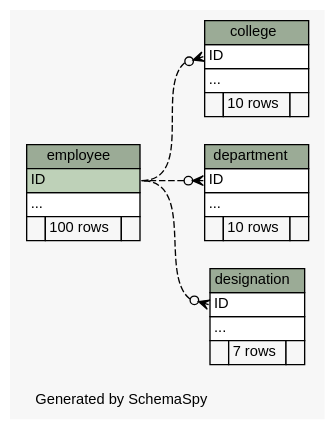
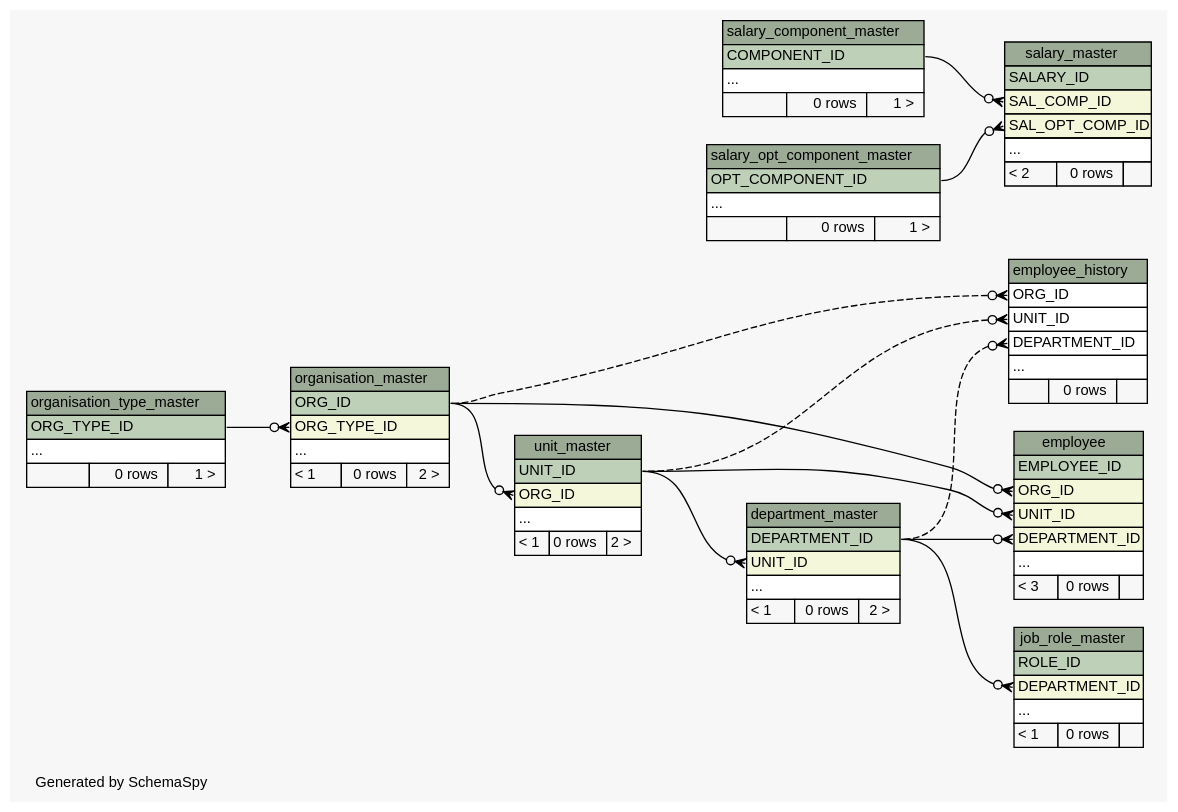
Before and after one commit to engineerscraft/hrms: the diagram in docs/database/diagrams/summary/relationships.implied.compact.dot, drawn with Graphviz. The commit also changed 121 other files, not shown here.

```diff
--- a/docs/database/diagrams/summary/relationships.implied.compact.dot
+++ b/docs/database/diagrams/summary/relationships.implied.compact.dot
@@ -1,69 +1,155 @@
 // dot 2.38.0 on Windows 7 6.1
 // SchemaSpy rev 590
 digraph "compactImpliedRelationshipsDiagram" {
   graph [
     rankdir="RL"
     bgcolor="#f7f7f7"
     label="\nGenerated by SchemaSpy"
     labeljust="l"
     nodesep="0.18"
     ranksep="0.46"
     fontname="Helvetica"
     fontsize="11"
   ];
   node [
     fontname="Helvetica"
     fontsize="11"
     shape="plaintext"
   ];
   edge [
     arrowsize="0.8"
   ];
-  "college" [
+  "department_master" [
     label=<
     <TABLE BORDER="0" CELLBORDER="1" CELLSPACING="0" BGCOLOR="#ffffff">
-      <TR><TD COLSPAN="3" BGCOLOR="#9bab96" ALIGN="CENTER">college</TD></TR>
-      <TR><TD PORT="ID" COLSPAN="3" ALIGN="LEFT">ID</TD></TR>
+      <TR><TD COLSPAN="3" BGCOLOR="#9bab96" ALIGN="CENTER">department_master</TD></TR>
+      <TR><TD PORT="DEPARTMENT_ID" COLSPAN="3" BGCOLOR="#bed1b8" ALIGN="LEFT">DEPARTMENT_ID</TD></TR>
+      <TR><TD PORT="UNIT_ID" COLSPAN="3" BGCOLOR="#f4f7da" ALIGN="LEFT">UNIT_ID</TD></TR>
       <TR><TD PORT="elipses" COLSPAN="3" ALIGN="LEFT">...</TD></TR>
-      <TR><TD ALIGN="LEFT" BGCOLOR="#f7f7f7">  </TD><TD ALIGN="RIGHT" BGCOLOR="#f7f7f7">10 rows</TD><TD ALIGN="RIGHT" BGCOLOR="#f7f7f7">  </TD></TR>
+      <TR><TD ALIGN="LEFT" BGCOLOR="#f7f7f7">&lt; 1</TD><TD ALIGN="RIGHT" BGCOLOR="#f7f7f7">0 rows</TD><TD ALIGN="RIGHT" BGCOLOR="#f7f7f7">2 &gt;</TD></TR>
     </TABLE>>
-    URL="tables/college.html"
-    tooltip="college"
-  ];
-  "department" [
-    label=<
-    <TABLE BORDER="0" CELLBORDER="1" CELLSPACING="0" BGCOLOR="#ffffff">
-      <TR><TD COLSPAN="3" BGCOLOR="#9bab96" ALIGN="CENTER">department</TD></TR>
-      <TR><TD PORT="ID" COLSPAN="3" ALIGN="LEFT">ID</TD></TR>
-      <TR><TD PORT="elipses" COLSPAN="3" ALIGN="LEFT">...</TD></TR>
-      <TR><TD ALIGN="LEFT" BGCOLOR="#f7f7f7">  </TD><TD ALIGN="RIGHT" BGCOLOR="#f7f7f7">10 rows</TD><TD ALIGN="RIGHT" BGCOLOR="#f7f7f7">  </TD></TR>
-    </TABLE>>
-    URL="tables/department.html"
-    tooltip="department"
-  ];
-  "designation" [
-    label=<
-    <TABLE BORDER="0" CELLBORDER="1" CELLSPACING="0" BGCOLOR="#ffffff">
-      <TR><TD COLSPAN="3" BGCOLOR="#9bab96" ALIGN="CENTER">designation</TD></TR>
-      <TR><TD PORT="ID" COLSPAN="3" ALIGN="LEFT">ID</TD></TR>
-      <TR><TD PORT="elipses" COLSPAN="3" ALIGN="LEFT">...</TD></TR>
-      <TR><TD ALIGN="LEFT" BGCOLOR="#f7f7f7">  </TD><TD ALIGN="RIGHT" BGCOLOR="#f7f7f7">7 rows</TD><TD ALIGN="RIGHT" BGCOLOR="#f7f7f7">  </TD></TR>
-    </TABLE>>
-    URL="tables/designation.html"
-    tooltip="designation"
+    URL="tables/department_master.html"
+    tooltip="department_master"
   ];
   "employee" [
     label=<
     <TABLE BORDER="0" CELLBORDER="1" CELLSPACING="0" BGCOLOR="#ffffff">
       <TR><TD COLSPAN="3" BGCOLOR="#9bab96" ALIGN="CENTER">employee</TD></TR>
-      <TR><TD PORT="ID" COLSPAN="3" BGCOLOR="#bed1b8" ALIGN="LEFT">ID</TD></TR>
+      <TR><TD PORT="EMPLOYEE_ID" COLSPAN="3" BGCOLOR="#bed1b8" ALIGN="LEFT">EMPLOYEE_ID</TD></TR>
+      <TR><TD PORT="ORG_ID" COLSPAN="3" BGCOLOR="#f4f7da" ALIGN="LEFT">ORG_ID</TD></TR>
+      <TR><TD PORT="UNIT_ID" COLSPAN="3" BGCOLOR="#f4f7da" ALIGN="LEFT">UNIT_ID</TD></TR>
+      <TR><TD PORT="DEPARTMENT_ID" COLSPAN="3" BGCOLOR="#f4f7da" ALIGN="LEFT">DEPARTMENT_ID</TD></TR>
       <TR><TD PORT="elipses" COLSPAN="3" ALIGN="LEFT">...</TD></TR>
-      <TR><TD ALIGN="LEFT" BGCOLOR="#f7f7f7">  </TD><TD ALIGN="RIGHT" BGCOLOR="#f7f7f7">100 rows</TD><TD ALIGN="RIGHT" BGCOLOR="#f7f7f7">  </TD></TR>
+      <TR><TD ALIGN="LEFT" BGCOLOR="#f7f7f7">&lt; 3</TD><TD ALIGN="RIGHT" BGCOLOR="#f7f7f7">0 rows</TD><TD ALIGN="RIGHT" BGCOLOR="#f7f7f7">  </TD></TR>
     </TABLE>>
     URL="tables/employee.html"
     tooltip="employee"
   ];
-  "college":"ID":w -> "employee":"ID":e [arrowhead=none dir=back arrowtail=crowodot style=dashed];
-  "department":"ID":w -> "employee":"ID":e [arrowhead=none dir=back arrowtail=crowodot style=dashed];
-  "designation":"ID":w -> "employee":"ID":e [arrowhead=none dir=back arrowtail=crowodot style=dashed];
+  "employee_history" [
+    label=<
+    <TABLE BORDER="0" CELLBORDER="1" CELLSPACING="0" BGCOLOR="#ffffff">
+      <TR><TD COLSPAN="3" BGCOLOR="#9bab96" ALIGN="CENTER">employee_history</TD></TR>
+      <TR><TD PORT="ORG_ID" COLSPAN="3" ALIGN="LEFT">ORG_ID</TD></TR>
+      <TR><TD PORT="UNIT_ID" COLSPAN="3" ALIGN="LEFT">UNIT_ID</TD></TR>
+      <TR><TD PORT="DEPARTMENT_ID" COLSPAN="3" ALIGN="LEFT">DEPARTMENT_ID</TD></TR>
+      <TR><TD PORT="elipses" COLSPAN="3" ALIGN="LEFT">...</TD></TR>
+      <TR><TD ALIGN="LEFT" BGCOLOR="#f7f7f7">  </TD><TD ALIGN="RIGHT" BGCOLOR="#f7f7f7">0 rows</TD><TD ALIGN="RIGHT" BGCOLOR="#f7f7f7">  </TD></TR>
+    </TABLE>>
+    URL="tables/employee_history.html"
+    tooltip="employee_history"
+  ];
+  "job_role_master" [
+    label=<
+    <TABLE BORDER="0" CELLBORDER="1" CELLSPACING="0" BGCOLOR="#ffffff">
+      <TR><TD COLSPAN="3" BGCOLOR="#9bab96" ALIGN="CENTER">job_role_master</TD></TR>
+      <TR><TD PORT="ROLE_ID" COLSPAN="3" BGCOLOR="#bed1b8" ALIGN="LEFT">ROLE_ID</TD></TR>
+      <TR><TD PORT="DEPARTMENT_ID" COLSPAN="3" BGCOLOR="#f4f7da" ALIGN="LEFT">DEPARTMENT_ID</TD></TR>
+      <TR><TD PORT="elipses" COLSPAN="3" ALIGN="LEFT">...</TD></TR>
+      <TR><TD ALIGN="LEFT" BGCOLOR="#f7f7f7">&lt; 1</TD><TD ALIGN="RIGHT" BGCOLOR="#f7f7f7">0 rows</TD><TD ALIGN="RIGHT" BGCOLOR="#f7f7f7">  </TD></TR>
+    </TABLE>>
+    URL="tables/job_role_master.html"
+    tooltip="job_role_master"
+  ];
+  "organisation_master" [
+    label=<
+    <TABLE BORDER="0" CELLBORDER="1" CELLSPACING="0" BGCOLOR="#ffffff">
+      <TR><TD COLSPAN="3" BGCOLOR="#9bab96" ALIGN="CENTER">organisation_master</TD></TR>
+      <TR><TD PORT="ORG_ID" COLSPAN="3" BGCOLOR="#bed1b8" ALIGN="LEFT">ORG_ID</TD></TR>
+      <TR><TD PORT="ORG_TYPE_ID" COLSPAN="3" BGCOLOR="#f4f7da" ALIGN="LEFT">ORG_TYPE_ID</TD></TR>
+      <TR><TD PORT="elipses" COLSPAN="3" ALIGN="LEFT">...</TD></TR>
+      <TR><TD ALIGN="LEFT" BGCOLOR="#f7f7f7">&lt; 1</TD><TD ALIGN="RIGHT" BGCOLOR="#f7f7f7">0 rows</TD><TD ALIGN="RIGHT" BGCOLOR="#f7f7f7">2 &gt;</TD></TR>
+    </TABLE>>
+    URL="tables/organisation_master.html"
+    tooltip="organisation_master"
+  ];
+  "organisation_type_master" [
+    label=<
+    <TABLE BORDER="0" CELLBORDER="1" CELLSPACING="0" BGCOLOR="#ffffff">
+      <TR><TD COLSPAN="3" BGCOLOR="#9bab96" ALIGN="CENTER">organisation_type_master</TD></TR>
+      <TR><TD PORT="ORG_TYPE_ID" COLSPAN="3" BGCOLOR="#bed1b8" ALIGN="LEFT">ORG_TYPE_ID</TD></TR>
+      <TR><TD PORT="elipses" COLSPAN="3" ALIGN="LEFT">...</TD></TR>
+      <TR><TD ALIGN="LEFT" BGCOLOR="#f7f7f7">  </TD><TD ALIGN="RIGHT" BGCOLOR="#f7f7f7">0 rows</TD><TD ALIGN="RIGHT" BGCOLOR="#f7f7f7">1 &gt;</TD></TR>
+    </TABLE>>
+    URL="tables/organisation_type_master.html"
+    tooltip="organisation_type_master"
+  ];
+  "salary_component_master" [
+    label=<
+    <TABLE BORDER="0" CELLBORDER="1" CELLSPACING="0" BGCOLOR="#ffffff">
+      <TR><TD COLSPAN="3" BGCOLOR="#9bab96" ALIGN="CENTER">salary_component_master</TD></TR>
+      <TR><TD PORT="COMPONENT_ID" COLSPAN="3" BGCOLOR="#bed1b8" ALIGN="LEFT">COMPONENT_ID</TD></TR>
+      <TR><TD PORT="elipses" COLSPAN="3" ALIGN="LEFT">...</TD></TR>
+      <TR><TD ALIGN="LEFT" BGCOLOR="#f7f7f7">  </TD><TD ALIGN="RIGHT" BGCOLOR="#f7f7f7">0 rows</TD><TD ALIGN="RIGHT" BGCOLOR="#f7f7f7">1 &gt;</TD></TR>
+    </TABLE>>
+    URL="tables/salary_component_master.html"
+    tooltip="salary_component_master"
+  ];
+  "salary_master" [
+    label=<
+    <TABLE BORDER="0" CELLBORDER="1" CELLSPACING="0" BGCOLOR="#ffffff">
+      <TR><TD COLSPAN="3" BGCOLOR="#9bab96" ALIGN="CENTER">salary_master</TD></TR>
+      <TR><TD PORT="SALARY_ID" COLSPAN="3" BGCOLOR="#bed1b8" ALIGN="LEFT">SALARY_ID</TD></TR>
+      <TR><TD PORT="SAL_COMP_ID" COLSPAN="3" BGCOLOR="#f4f7da" ALIGN="LEFT">SAL_COMP_ID</TD></TR>
+      <TR><TD PORT="SAL_OPT_COMP_ID" COLSPAN="3" BGCOLOR="#f4f7da" ALIGN="LEFT">SAL_OPT_COMP_ID</TD></TR>
+      <TR><TD PORT="elipses" COLSPAN="3" ALIGN="LEFT">...</TD></TR>
+      <TR><TD ALIGN="LEFT" BGCOLOR="#f7f7f7">&lt; 2</TD><TD ALIGN="RIGHT" BGCOLOR="#f7f7f7">0 rows</TD><TD ALIGN="RIGHT" BGCOLOR="#f7f7f7">  </TD></TR>
+    </TABLE>>
+    URL="tables/salary_master.html"
+    tooltip="salary_master"
+  ];
+  "salary_opt_component_master" [
+    label=<
+    <TABLE BORDER="0" CELLBORDER="1" CELLSPACING="0" BGCOLOR="#ffffff">
+      <TR><TD COLSPAN="3" BGCOLOR="#9bab96" ALIGN="CENTER">salary_opt_component_master</TD></TR>
+      <TR><TD PORT="OPT_COMPONENT_ID" COLSPAN="3" BGCOLOR="#bed1b8" ALIGN="LEFT">OPT_COMPONENT_ID</TD></TR>
+      <TR><TD PORT="elipses" COLSPAN="3" ALIGN="LEFT">...</TD></TR>
+      <TR><TD ALIGN="LEFT" BGCOLOR="#f7f7f7">  </TD><TD ALIGN="RIGHT" BGCOLOR="#f7f7f7">0 rows</TD><TD ALIGN="RIGHT" BGCOLOR="#f7f7f7">1 &gt;</TD></TR>
+    </TABLE>>
+    URL="tables/salary_opt_component_master.html"
+    tooltip="salary_opt_component_master"
+  ];
+  "unit_master" [
+    label=<
+    <TABLE BORDER="0" CELLBORDER="1" CELLSPACING="0" BGCOLOR="#ffffff">
+      <TR><TD COLSPAN="3" BGCOLOR="#9bab96" ALIGN="CENTER">unit_master</TD></TR>
+      <TR><TD PORT="UNIT_ID" COLSPAN="3" BGCOLOR="#bed1b8" ALIGN="LEFT">UNIT_ID</TD></TR>
+      <TR><TD PORT="ORG_ID" COLSPAN="3" BGCOLOR="#f4f7da" ALIGN="LEFT">ORG_ID</TD></TR>
+      <TR><TD PORT="elipses" COLSPAN="3" ALIGN="LEFT">...</TD></TR>
+      <TR><TD ALIGN="LEFT" BGCOLOR="#f7f7f7">&lt; 1</TD><TD ALIGN="RIGHT" BGCOLOR="#f7f7f7">0 rows</TD><TD ALIGN="RIGHT" BGCOLOR="#f7f7f7">2 &gt;</TD></TR>
+    </TABLE>>
+    URL="tables/unit_master.html"
+    tooltip="unit_master"
+  ];
+  "department_master":"UNIT_ID":w -> "unit_master":"UNIT_ID":e [arrowhead=none dir=back arrowtail=crowodot];
+  "employee":"DEPARTMENT_ID":w -> "department_master":"DEPARTMENT_ID":e [arrowhead=none dir=back arrowtail=crowodot];
+  "employee":"ORG_ID":w -> "organisation_master":"ORG_ID":e [arrowhead=none dir=back arrowtail=crowodot];
+  "employee":"UNIT_ID":w -> "unit_master":"UNIT_ID":e [arrowhead=none dir=back arrowtail=crowodot];
+  "employee_history":"DEPARTMENT_ID":w -> "department_master":"DEPARTMENT_ID":e [arrowhead=none dir=back arrowtail=crowodot style=dashed];
+  "employee_history":"ORG_ID":w -> "organisation_master":"ORG_ID":e [arrowhead=none dir=back arrowtail=crowodot style=dashed];
+  "employee_history":"UNIT_ID":w -> "unit_master":"UNIT_ID":e [arrowhead=none dir=back arrowtail=crowodot style=dashed];
+  "job_role_master":"DEPARTMENT_ID":w -> "department_master":"DEPARTMENT_ID":e [arrowhead=none dir=back arrowtail=crowodot];
+  "organisation_master":"ORG_TYPE_ID":w -> "organisation_type_master":"ORG_TYPE_ID":e [arrowhead=none dir=back arrowtail=crowodot];
+  "salary_master":"SAL_COMP_ID":w -> "salary_component_master":"COMPONENT_ID":e [arrowhead=none dir=back arrowtail=crowodot];
+  "salary_master":"SAL_OPT_COMP_ID":w -> "salary_opt_component_master":"OPT_COMPONENT_ID":e [arrowhead=none dir=back arrowtail=crowodot];
+  "unit_master":"ORG_ID":w -> "organisation_master":"ORG_ID":e [arrowhead=none dir=back arrowtail=crowodot];
 }
```
